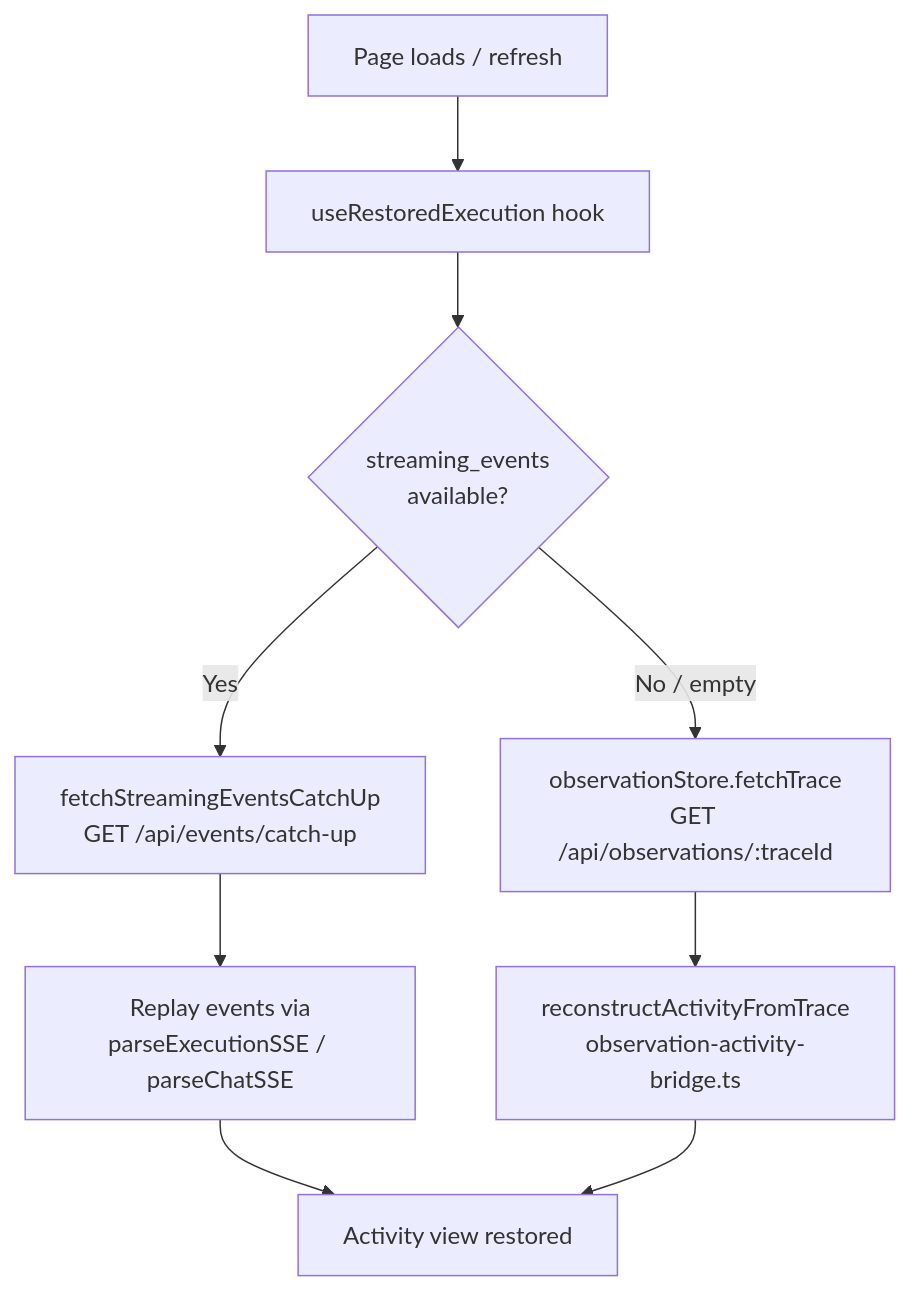
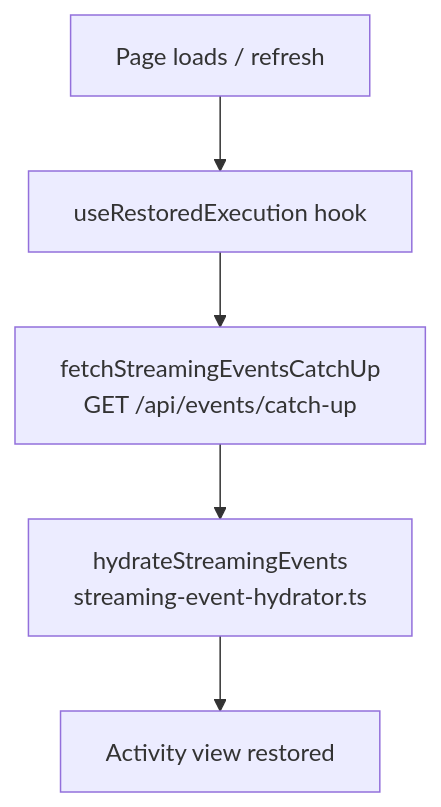
One commit to fuxialexander/astro changed the fifth of 7 diagrams in docs/design/OBSERVABILITY.md. Above: the diagram before and after it, drawn with Mermaid. The commit also changed other lines of this file and 17 other files, not shown here.

````diff
--- a/docs/design/OBSERVABILITY.md
+++ b/docs/design/OBSERVABILITY.md
@@ -189,11 +189,7 @@
 ```mermaid
 flowchart TD
     A[Page loads / refresh] --> B[useRestoredExecution hook]
-    B --> C{streaming_events<br/>available?}
-    C -->|Yes| D[fetchStreamingEventsCatchUp<br/>GET /api/events/catch-up]
-    D --> E[Replay events via<br/>parseExecutionSSE / parseChatSSE]
-    E --> F[Activity view restored]
-    C -->|No / empty| G[observationStore.fetchTrace<br/>GET /api/observations/:traceId]
-    G --> H[reconstructActivityFromTrace<br/>observation-activity-bridge.ts]
-    H --> F
+    B --> C[fetchStreamingEventsCatchUp<br/>GET /api/events/catch-up]
+    C --> D[hydrateStreamingEvents<br/>streaming-event-hydrator.ts]
+    D --> E[Activity view restored]
 ```
````
